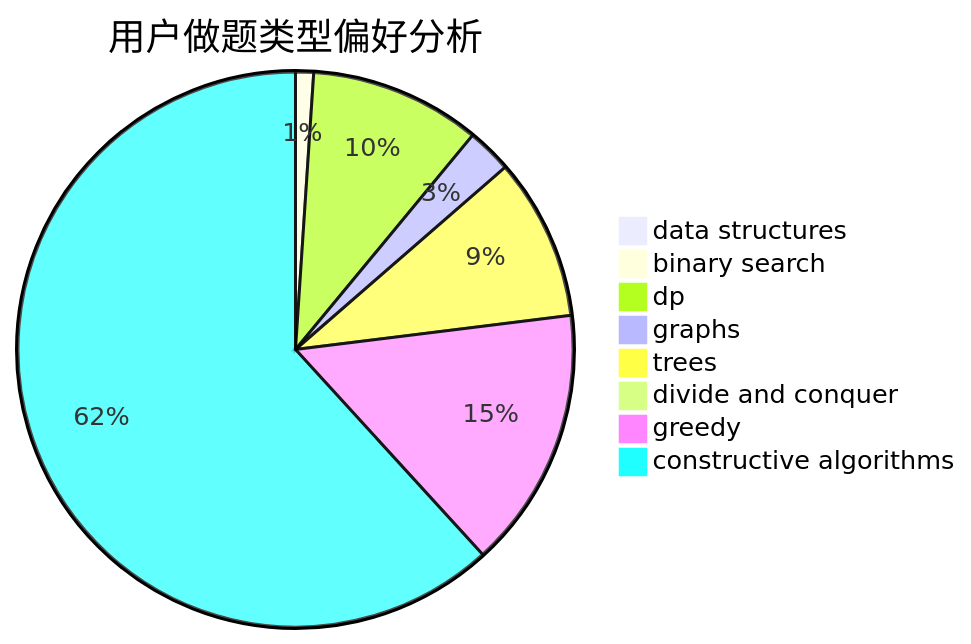
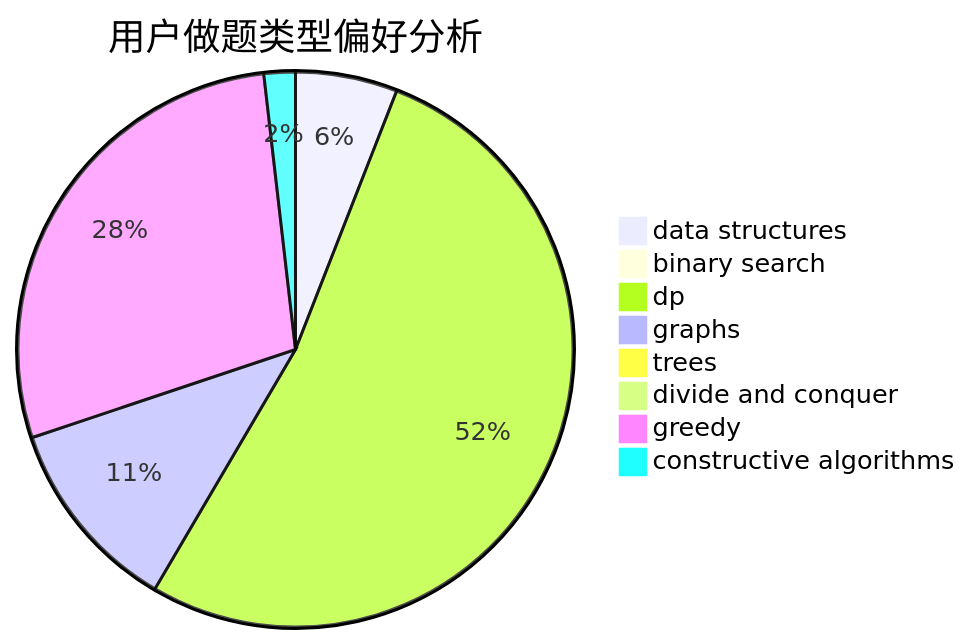
One commit to sherpahu/cfrs.github.io changed the second of 3 diagrams in docs/user/u1406.md. Above: the diagram before and after it, drawn with Mermaid. The commit also changed other lines of this file and 2770 other files, not shown here.

````diff
--- a/docs/user/u1406.md
+++ b/docs/user/u1406.md
@@ -23,11 +23,11 @@
 ```mermaid
 pie title 用户做题类型偏好分析
-    "data structures" :  0
-    "binary search" :  2
-    "dp" :  19
-    "graphs" :  5
-    "trees" :  18
+    "data structures" :  13
+    "binary search" :  1
+    "dp" :  115
+    "graphs" :  25
+    "trees" :  0
     "divide and conquer" :  0
-    "greedy" :  29
-    "constructive algorithms" :  118
+    "greedy" :  62
+    "constructive algorithms" :  4
 ```
````
